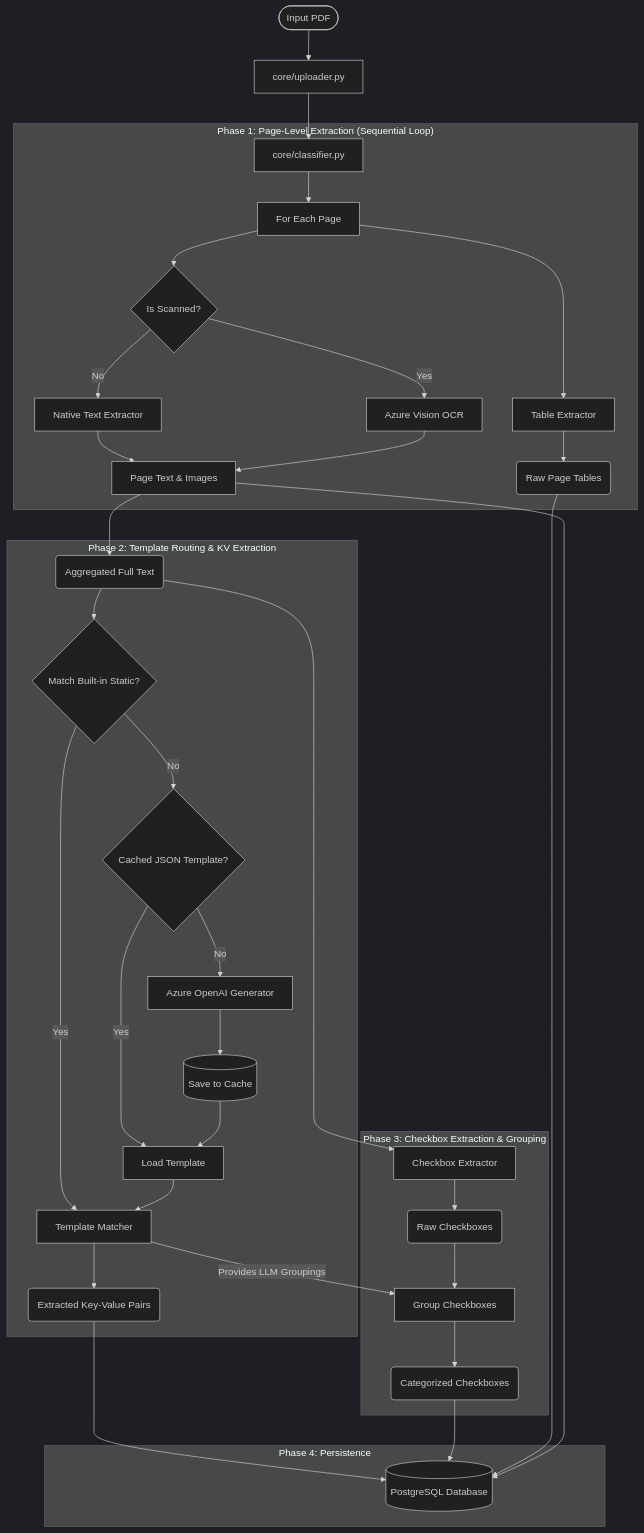
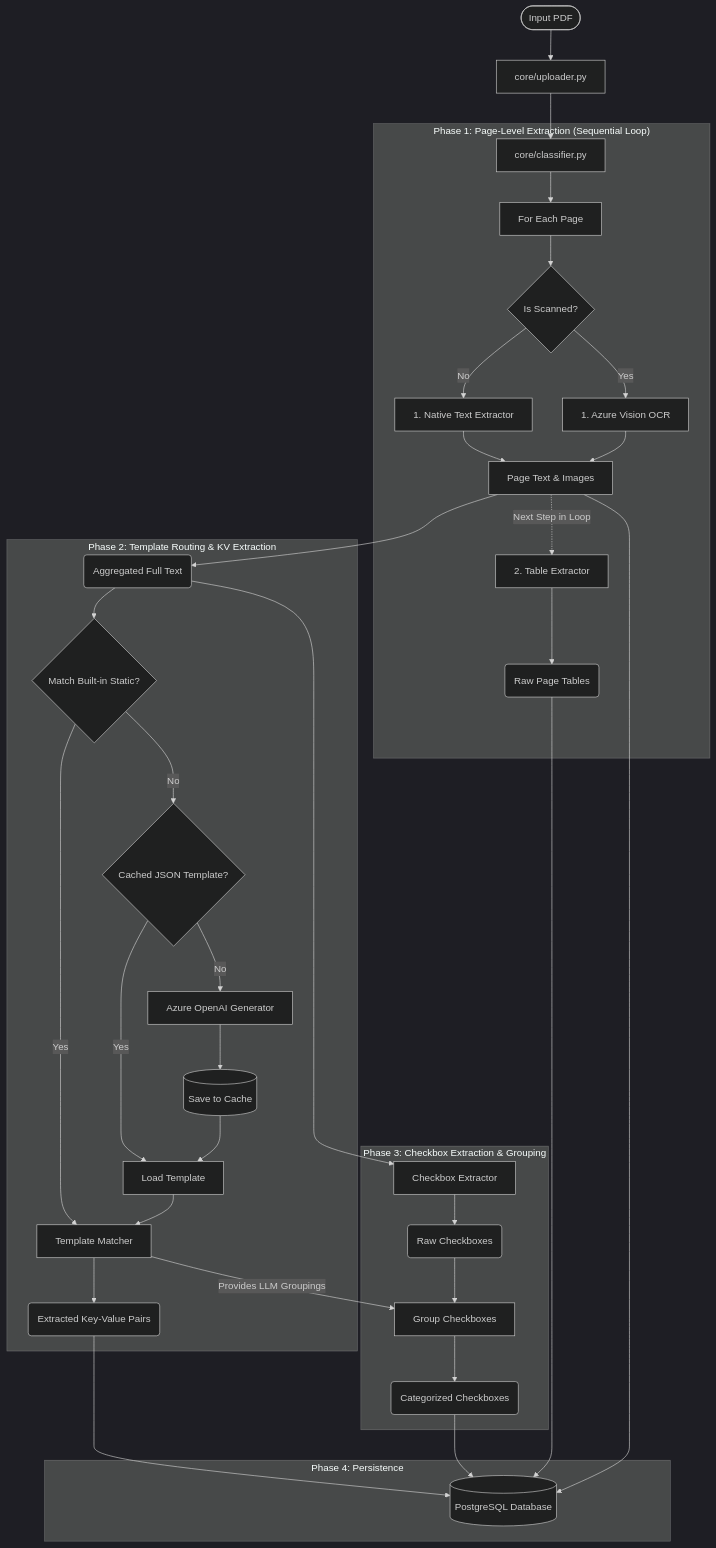
One commit to neogi5043/Unstra_Ingestor changed the first of 2 diagrams in technical_documentation.md. Above: the diagram before and after it, drawn with Mermaid (dark theme).

Commit message:
technical_doc_v5

````diff
--- a/technical_documentation.md
+++ b/technical_documentation.md
@@ -14,53 +14,53 @@
 ```mermaid
 flowchart TD
     InputPDF([Input PDF]) --> Uploader[core/uploader.py]
     Uploader --> Classifier[core/classifier.py]
 
     subgraph "Phase 1: Page-Level Extraction (Sequential Loop)"
         Classifier --> PageLoop[For Each Page]
         
         PageLoop --> TextRouter{Is Scanned?}
-        TextRouter -->|No| NativeText[Native Text Extractor]
-        TextRouter -->|Yes| AzureVision[Azure Vision OCR]
+        TextRouter -->|No| NativeText[1. Native Text Extractor]
+        TextRouter -->|Yes| AzureVision[1. Azure Vision OCR]
         
         NativeText --> PageText[Page Text & Images]
         AzureVision --> PageText
         
-        PageLoop --> TableExt[Table Extractor]
+        PageText -.->|Next Step in Loop| TableExt[2. Table Extractor]
         TableExt --> RawTables(Raw Page Tables)
     end
 
     subgraph "Phase 2: Template Routing & KV Extraction"
         PageText --> FullText(Aggregated Full Text)
         
         FullText --> TempRouter{Match Built-in Static?}
         
         TempRouter -->|No| CacheCheck{Cached JSON Template?}
         CacheCheck -->|Yes| LoadCache[Load Template]
         
         CacheCheck -->|No| LLMGen[Azure OpenAI Generator]
         LLMGen --> SaveCache[(Save to Cache)]
         SaveCache --> LoadCache
         
         TempRouter -->|Yes| ExecTemplate[Template Matcher]
         LoadCache --> ExecTemplate
         
         ExecTemplate --> KVPairs(Extracted Key-Value Pairs)
     end
 
     subgraph "Phase 3: Checkbox Extraction & Grouping"
         FullText --> CheckboxExt[Checkbox Extractor]
         CheckboxExt --> RawCheckboxes(Raw Checkboxes)
         
         ExecTemplate -->|Provides LLM Groupings| CheckboxGroup[Group Checkboxes]
         RawCheckboxes --> CheckboxGroup
         CheckboxGroup --> RefinedCheckboxes(Categorized Checkboxes)
     end
 
     subgraph "Phase 4: Persistence"
         KVPairs --> DB[(PostgreSQL Database)]
         RefinedCheckboxes --> DB
         RawTables --> DB
         PageText --> DB
     end
 ```
````
